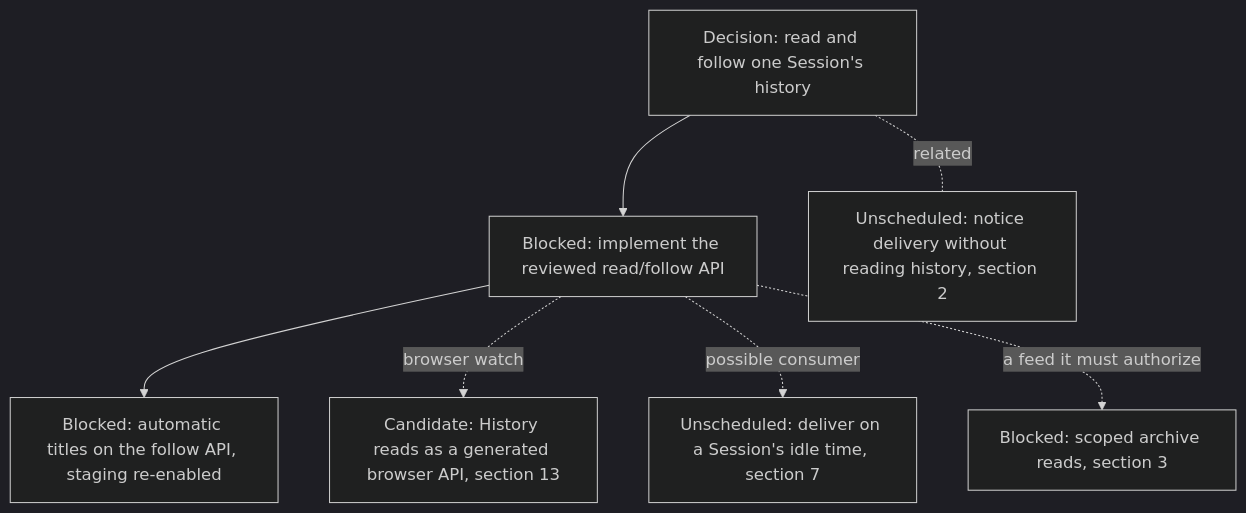
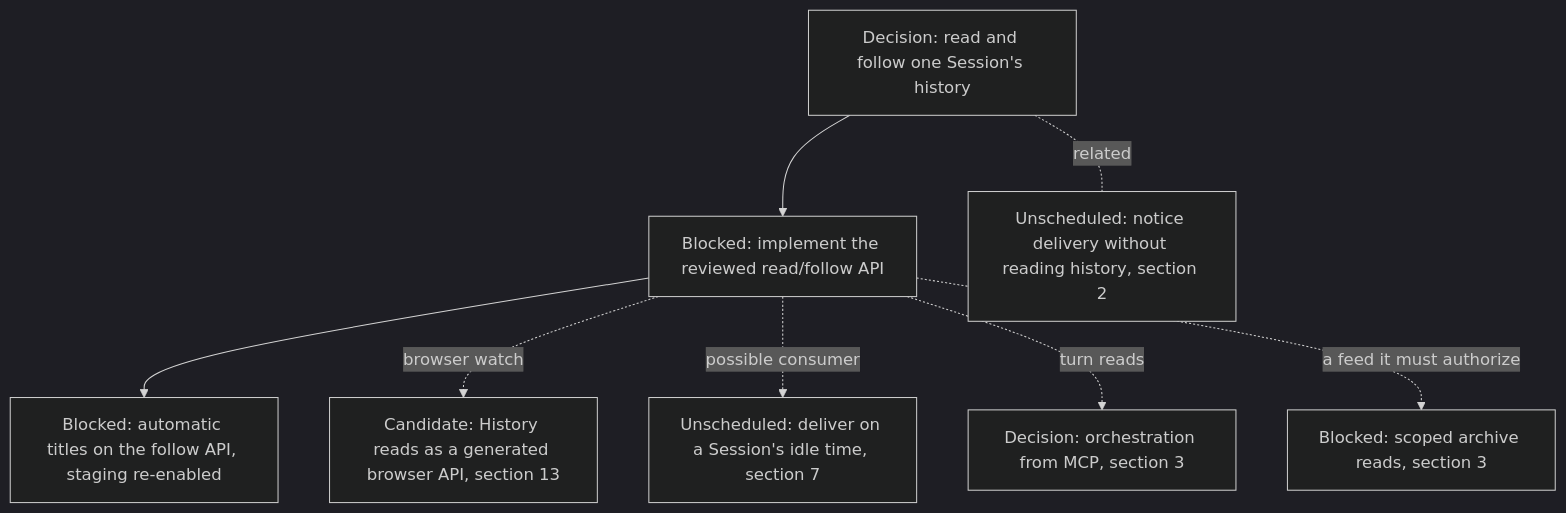
One commit to agentydragon/ducktape changed diagram 15 of 19 in agentplane/plans/task_dag.md. Above: the diagram before and after it, drawn with Mermaid (dark theme). The commit also changed other lines of this file and 1 other file, not shown here.

First line of the commit message:
docs(agentplane): orchestration turn reads wait on History's read/follow design

````diff
--- a/agentplane/plans/task_dag.md
+++ b/agentplane/plans/task_dag.md
@@ -1451,16 +1452,17 @@
 ```mermaid
 flowchart TD
     HISTORY_READ_FOLLOW_DESIGN[Decision: read and follow one Session's history]
     HISTORY_READ_FOLLOW_API[Blocked: implement the reviewed read/follow API]
     THREAD_TITLE_GENERATION[Blocked: automatic titles on the follow API, staging re-enabled]
     HISTORY_READS_FACADE[Candidate: History reads as a generated browser API, section 13]
     SESSION_ACTIVITY_STREAM[Unscheduled: deliver on a Session's idle time, section 7]
     NOTIFICATION_COMMAND_OUTCOME_DESIGN[Unscheduled: notice delivery without reading history, section 2]
     THREAD_READ_POLICY[Blocked: scoped archive reads, section 3]
     HISTORY_READ_FOLLOW_DESIGN --> HISTORY_READ_FOLLOW_API
     HISTORY_READ_FOLLOW_API --> THREAD_TITLE_GENERATION
     HISTORY_READ_FOLLOW_API -. browser watch .-> HISTORY_READS_FACADE
     HISTORY_READ_FOLLOW_API -. possible consumer .-> SESSION_ACTIVITY_STREAM
+    HISTORY_READ_FOLLOW_API -. turn reads .-> MCP_ORCHESTRATION_DESIGN[Decision: orchestration from MCP, section 3]
     HISTORY_READ_FOLLOW_DESIGN -. related .- NOTIFICATION_COMMAND_OUTCOME_DESIGN
     HISTORY_READ_FOLLOW_API -. a feed it must authorize .-> THREAD_READ_POLICY
 ```
````
